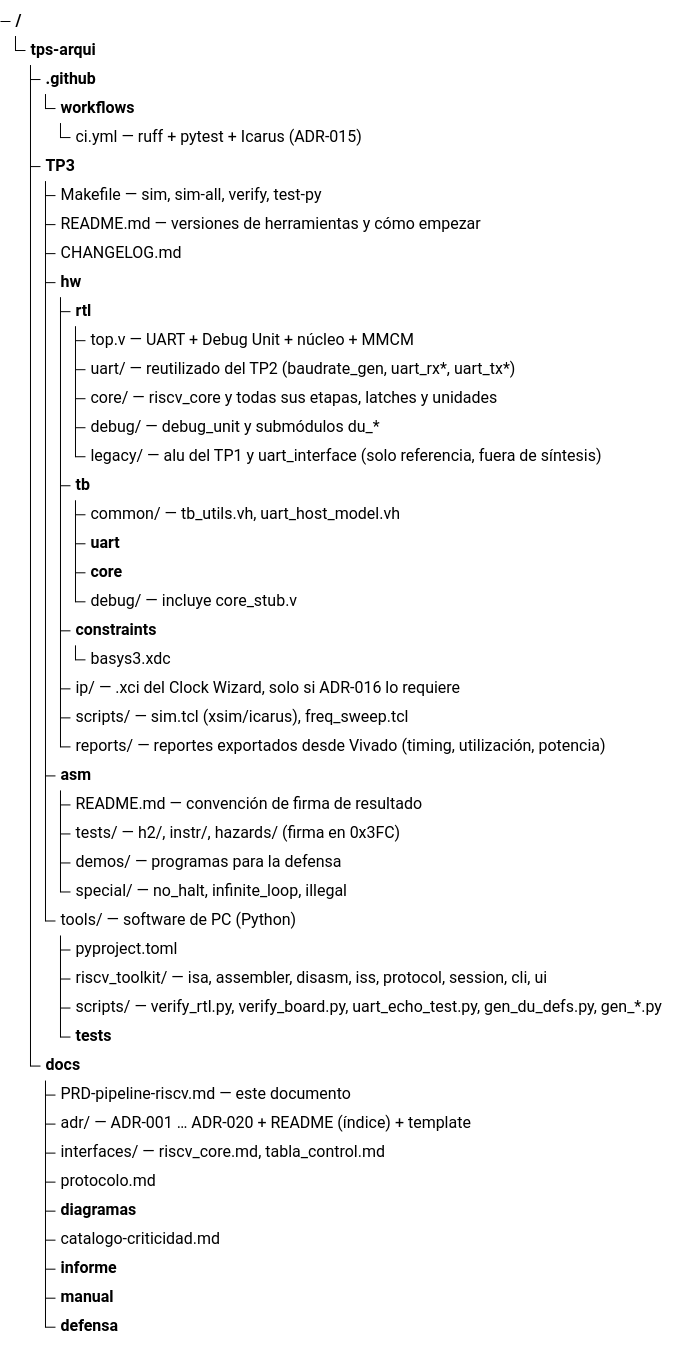
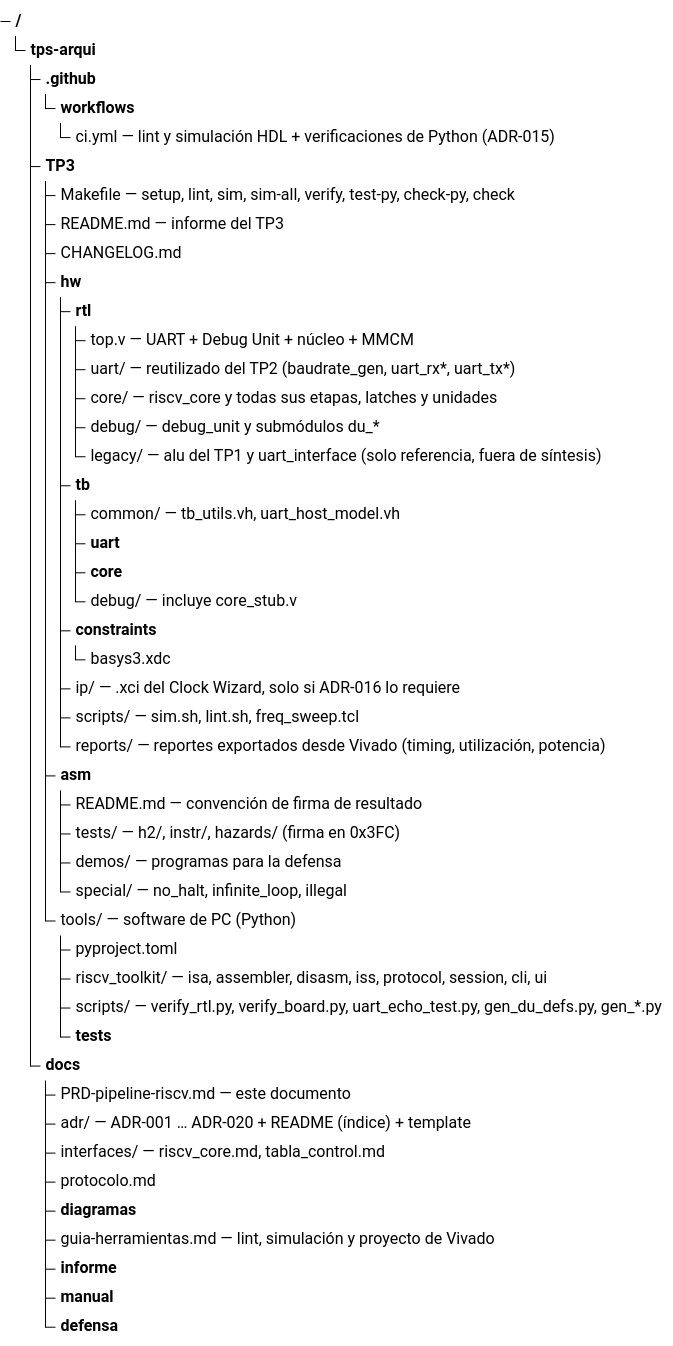
Before and after one commit to nicopinera/tps-arqui: diagram 47 of 47 in docs/PRD-pipeline-riscv.md, drawn with Mermaid. The commit also changed other lines of this file and 29 other files, not shown here.

````diff
--- a/docs/PRD-pipeline-riscv.md
+++ b/docs/PRD-pipeline-riscv.md
@@ -2144,48 +2161,48 @@
 ```mermaid
 treeView-beta
     "tps-arqui/"
         ".github/"
             "workflows/"
-                "ci.yml — ruff + pytest + Icarus (ADR-015)"
+                "ci.yml — lint y simulación HDL + verificaciones de Python (ADR-015)"
         "TP3/"
-            "Makefile — sim, sim-all, verify, test-py"
-            "README.md — versiones de herramientas y cómo empezar"
+            "Makefile — setup, lint, sim, sim-all, verify, test-py, check-py, check"
+            "README.md — informe del TP3"
             "CHANGELOG.md"
             "hw/"
                 "rtl/"
                     "top.v — UART + Debug Unit + núcleo + MMCM"
                     "uart/ — reutilizado del TP2 (baudrate_gen, uart_rx*, uart_tx*)"
                     "core/ — riscv_core y todas sus etapas, latches y unidades"
                     "debug/ — debug_unit y submódulos du_*"
                     "legacy/ — alu del TP1 y uart_interface (solo referencia, fuera de síntesis)"
                 "tb/"
                     "common/ — tb_utils.vh, uart_host_model.vh"
                     "uart/"
                     "core/"
                     "debug/ — incluye core_stub.v"
                 "constraints/"
                     "basys3.xdc"
                 "ip/ — .xci del Clock Wizard, solo si ADR-016 lo requiere"
-                "scripts/ — sim.tcl (xsim/icarus), freq_sweep.tcl"
+                "scripts/ — sim.sh, lint.sh, freq_sweep.tcl"
                 "reports/ — reportes exportados desde Vivado (timing, utilización, potencia)"
             "asm/"
                 "README.md — convención de firma de resultado"
                 "tests/ — h2/, instr/, hazards/ (firma en 0x3FC)"
                 "demos/ — programas para la defensa"
                 "special/ — no_halt, infinite_loop, illegal"
             "tools/ — software de PC (Python)"
                 "pyproject.toml"
                 "riscv_toolkit/ — isa, assembler, disasm, iss, protocol, session, cli, ui"
                 "scripts/ — verify_rtl.py, verify_board.py, uart_echo_test.py, gen_du_defs.py, gen_*.py"
                 "tests/"
         "docs/"
             "PRD-pipeline-riscv.md — este documento"
             "adr/ — ADR-001 … ADR-020 + README (índice) + template"
             "interfaces/ — riscv_core.md, tabla_control.md"
             "protocolo.md"
             "diagramas/"
-            "catalogo-criticidad.md"
+            "guia-herramientas.md — lint, simulación y proyecto de Vivado"
             "informe/"
             "manual/"
             "defensa/"
 ```
````
